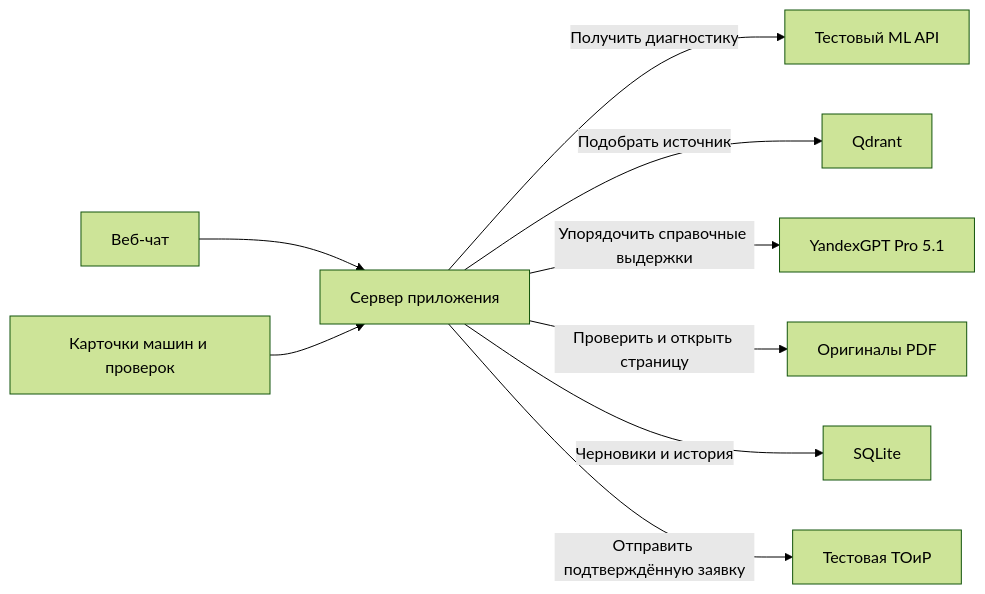
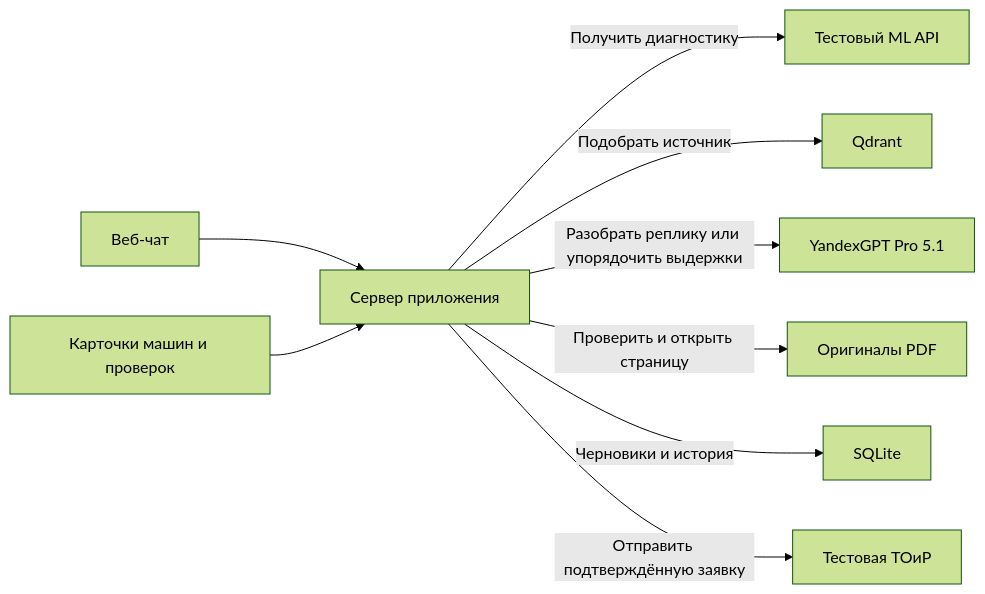
Before and after one commit to ykutovaya/AI-mechanic-hackathon: the diagram in documents/architecture.md, drawn with Mermaid (forest theme). The commit also changed other lines of this file and 17 other files, not shown here.

Commit message:
Use YandexGPT for chat turns and accept manual draft work

````diff
--- a/documents/architecture.md
+++ b/documents/architecture.md
@@ -3,11 +3,11 @@
 ```mermaid
 flowchart LR
     B[Веб-чат] --> A[Сервер приложения]
     V[Карточки машин и проверок] --> A
     A -->|Получить диагностику| M[Тестовый ML API]
     A -->|Подобрать источник| Q[Qdrant]
-    A -->|Упорядочить справочные выдержки| G[YandexGPT Pro 5.1]
+    A -->|Разобрать реплику или упорядочить выдержки| G[YandexGPT Pro 5.1]
     A -->|Проверить и открыть страницу| P[Оригиналы PDF]
     A -->|Черновики и история| D[SQLite]
     A -->|Отправить подтверждённую заявку| T[Тестовая ТОиР]
 ```
````
